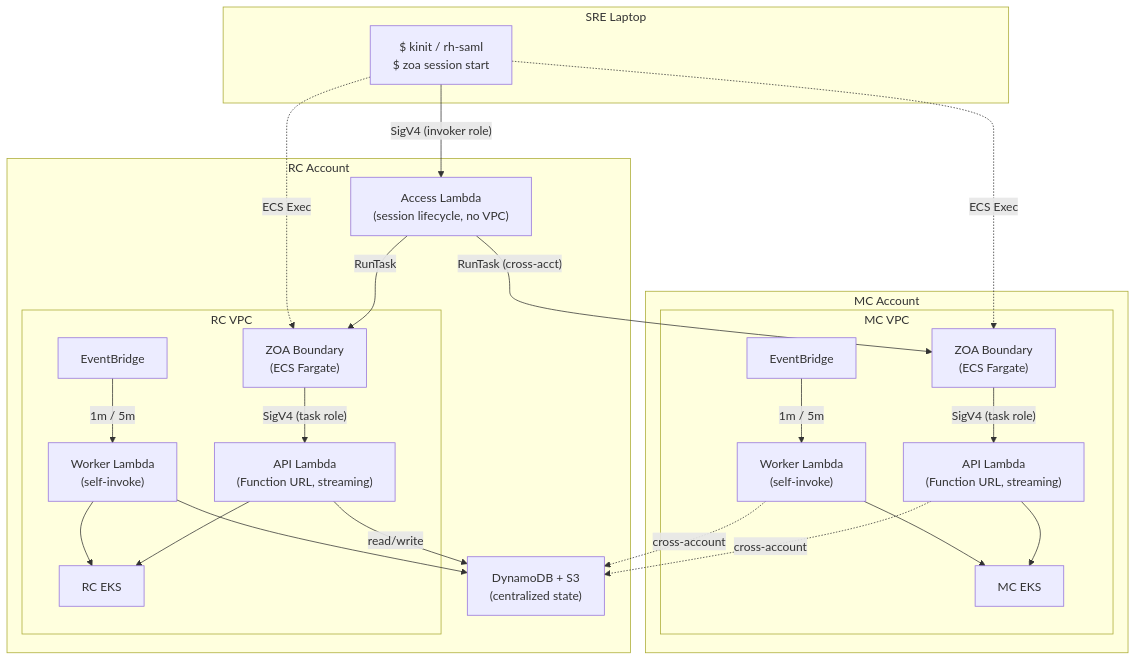
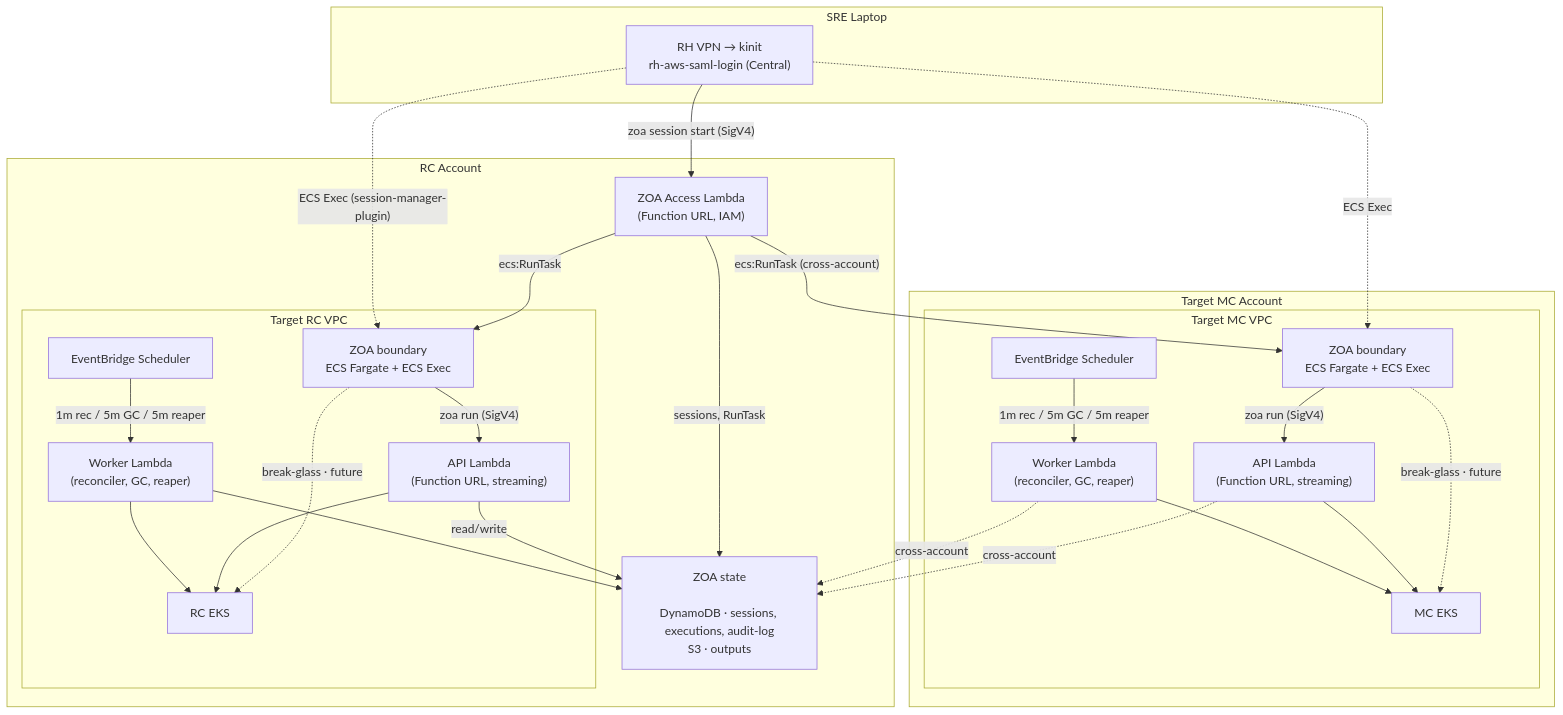
Before and after one commit to openshift-online/rosa-hyperfleet: the first of 2 diagrams in docs/design/zoa-architecture.md, drawn with Mermaid. The commit also changed other lines of this file and 2 other files, not shown here.

First line of the commit message:
docs: refresh ZOA architecture diagram and data-layer accuracy

````diff
--- a/docs/design/zoa-architecture.md
+++ b/docs/design/zoa-architecture.md
@@ -34,50 +34,59 @@
 ```mermaid
+---
+config:
+  layout: dagre
+---
 graph TD
     subgraph laptop["SRE Laptop"]
-        L["$ kinit / rh-saml<br/>$ zoa session start"]
+        L["RH VPN → kinit<br/>rh-aws-saml-login (Central)"]
     end
 
     subgraph rc["RC Account"]
-        ACCESS["Access Lambda<br/>(session lifecycle, no VPC)"]
-        DDB["DynamoDB + S3<br/>(centralized state)"]
-        subgraph rc_vpc["RC VPC"]
-            EB_RC["EventBridge"]
+        ACCESS["ZOA Access Lambda<br/>(Function URL, IAM)"]
+        STATE["ZOA state<br/><br/>DynamoDB · sessions, executions, audit-log<br/>S3 · outputs"]
+        subgraph rc_vpc["Target RC VPC"]
+            BOUNDARY_RC["ZOA boundary<br/>ECS Fargate + ECS Exec"]
+            EB_RC["EventBridge Scheduler"]
             API_RC["API Lambda<br/>(Function URL, streaming)"]
-            WORKER_RC["Worker Lambda<br/>(self-invoke)"]
+            WORKER_RC["Worker Lambda<br/>(reconciler, GC, reaper)"]
             EKS_RC["RC EKS"]
-            BOUNDARY_RC["ZOA Boundary<br/>(ECS Fargate)"]
         end
     end
 
-    subgraph mc["MC Account"]
-        subgraph mc_vpc["MC VPC"]
-            EB_MC["EventBridge"]
+    subgraph mc["Target MC Account"]
+        subgraph mc_vpc["Target MC VPC"]
+            BOUNDARY_MC["ZOA boundary<br/>ECS Fargate + ECS Exec"]
+            EB_MC["EventBridge Scheduler"]
             API_MC["API Lambda<br/>(Function URL, streaming)"]
-            WORKER_MC["Worker Lambda<br/>(self-invoke)"]
+            WORKER_MC["Worker Lambda<br/>(reconciler, GC, reaper)"]
             EKS_MC["MC EKS"]
-            BOUNDARY_MC["ZOA Boundary<br/>(ECS Fargate)"]
         end
     end
 
-    L -->|"SigV4 (invoker role)"| ACCESS
-    ACCESS -->|"RunTask"| BOUNDARY_RC
-    ACCESS -->|"RunTask (cross-acct)"| BOUNDARY_MC
-    L -.->|"ECS Exec"| BOUNDARY_RC
+    L -->|"zoa session start (SigV4)"| ACCESS
+    ACCESS -->|"sessions, RunTask"| STATE
+    ACCESS -->|"ecs:RunTask"| BOUNDARY_RC
+    ACCESS -->|"ecs:RunTask (cross-account)"| BOUNDARY_MC
+
+    L -.->|"ECS Exec (session-manager-plugin)"| BOUNDARY_RC
     L -.->|"ECS Exec"| BOUNDARY_MC
 
-    BOUNDARY_RC -->|"SigV4 (task role)"| API_RC
-    BOUNDARY_MC -->|"SigV4 (task role)"| API_MC
+    BOUNDARY_RC -->|"zoa run (SigV4)"| API_RC
+    BOUNDARY_MC -->|"zoa run (SigV4)"| API_MC
 
-    EB_RC -->|"1m / 5m"| WORKER_RC
-    EB_MC -->|"1m / 5m"| WORKER_MC
+    BOUNDARY_RC -.->|"break-glass · future"| EKS_RC
+    BOUNDARY_MC -.->|"break-glass · future"| EKS_MC
+
+    EB_RC -->|"1m rec / 5m GC / 5m reaper"| WORKER_RC
+    EB_MC -->|"1m rec / 5m GC / 5m reaper"| WORKER_MC
 
     API_RC --> EKS_RC
     WORKER_RC --> EKS_RC
     API_MC --> EKS_MC
     WORKER_MC --> EKS_MC
 
-    API_RC -->|"read/write"| DDB
-    WORKER_RC --> DDB
-    API_MC -.->|"cross-account"| DDB
-    WORKER_MC -.->|"cross-account"| DDB
+    API_RC -->|"read/write"| STATE
+    WORKER_RC --> STATE
+    API_MC -.->|"cross-account"| STATE
+    WORKER_MC -.->|"cross-account"| STATE
 ```
````
